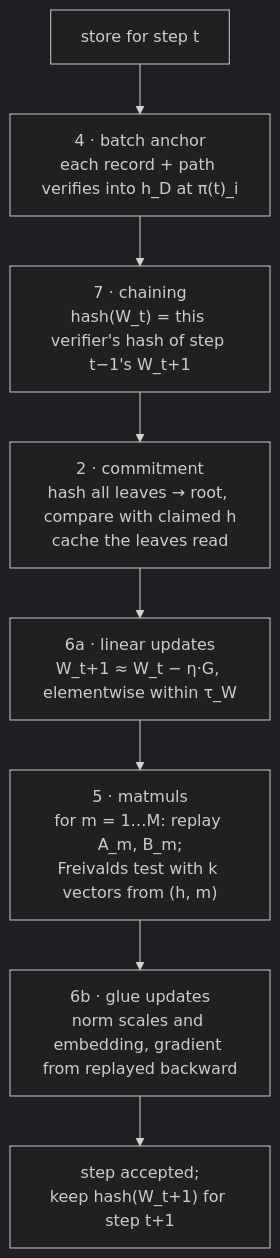
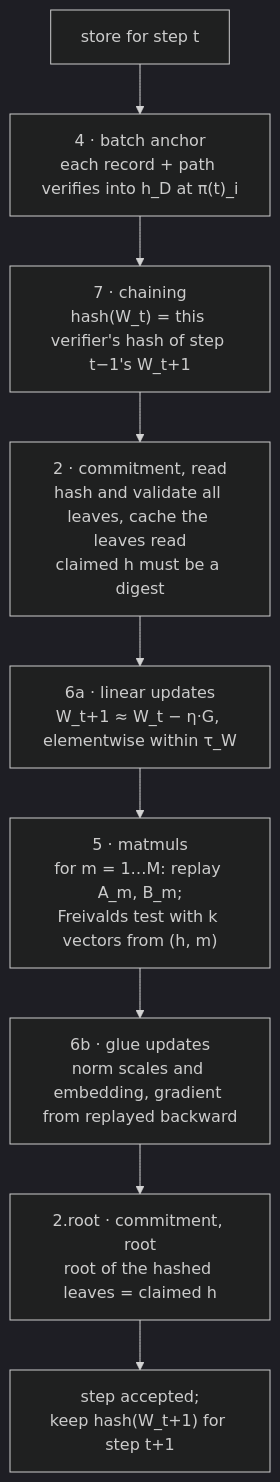
Before and after one commit to pacifai/pots-2.0: the second of 3 diagrams in verification/README.md, drawn with Mermaid (dark theme). The commit also changed other lines of this file and 10 other files, not shown here.

First line of the commit message:
C7: key check 5 on the claimed root, compare roots last (F15a)

````diff
--- a/verification/README.md
+++ b/verification/README.md
@@ -287,10 +287,11 @@
 ```mermaid
 flowchart TD
     S["store for step t"] --> C4
     C4["4 · batch anchor<br/>each record + path verifies into h_D at π(t)_i"] --> C7
     C7["7 · chaining<br/>hash(W_t) = this verifier's hash of step t−1's W_t+1"] --> C2
-    C2["2 · commitment<br/>hash all leaves → root, compare with claimed h<br/>cache the leaves read"] --> C6a
+    C2["2 · commitment, read<br/>hash and validate all leaves, cache the leaves read<br/>claimed h must be a digest"] --> C6a
     C6a["6a · linear updates<br/>W_t+1 ≈ W_t − η·G, elementwise within τ_W"] --> C5
     C5["5 · matmuls<br/>for m = 1…M: replay A_m, B_m;<br/>Freivalds test with k vectors from (h, m)"] --> C6b
-    C6b["6b · glue updates<br/>norm scales and embedding, gradient from replayed backward"] --> OK["step accepted;<br/>keep hash(W_t+1) for step t+1"]
+    C6b["6b · glue updates<br/>norm scales and embedding, gradient from replayed backward"] --> C2R
+    C2R["2.root · commitment, root<br/>root of the hashed leaves = claimed h"] --> OK["step accepted;<br/>keep hash(W_t+1) for step t+1"]
 ```
````
